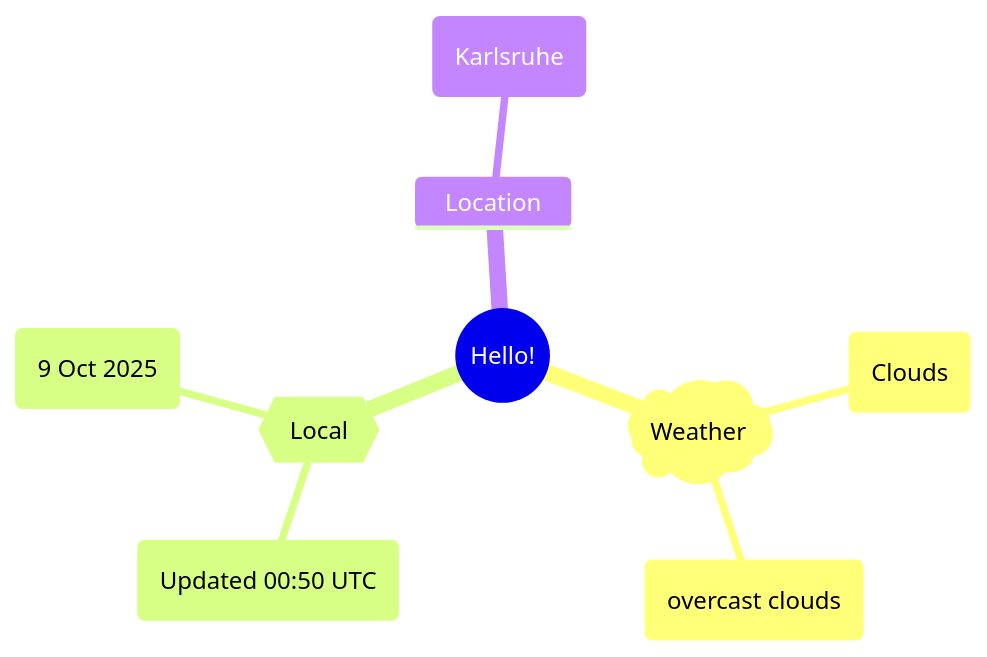
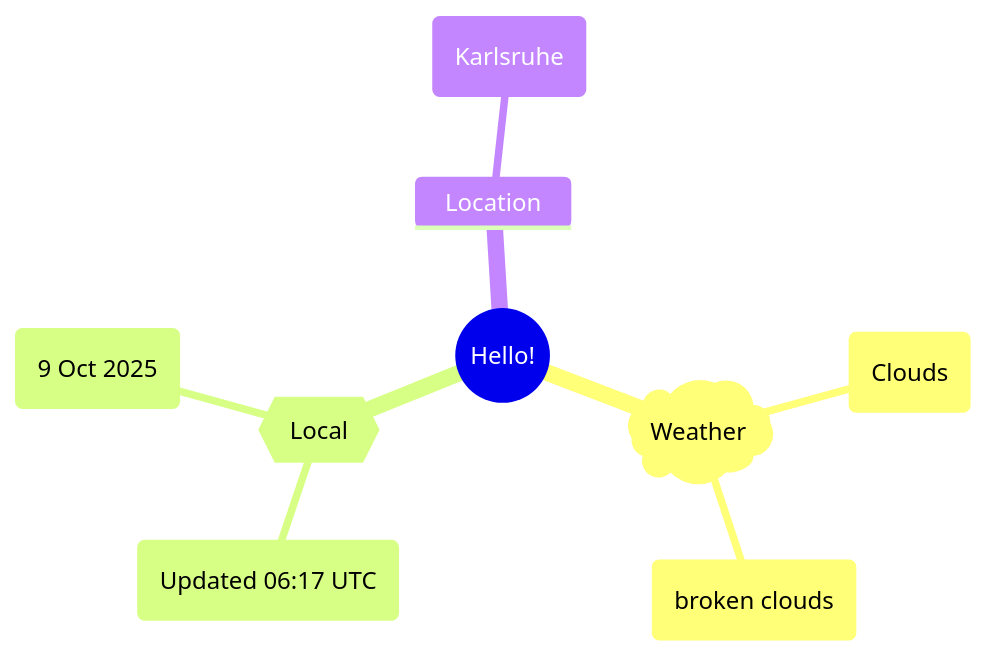
The first of 2 diagrams in README.md (Xosrov/Xosrov), drawn with Mermaid before and after one commit.

Commit message:
[bot] updated images

````diff
--- a/README.md
+++ b/README.md
@@ -3,12 +3,12 @@
 ```mermaid
 mindmap
   root((Hello!))
     )Weather(
         (Clouds)
-        (overcast clouds)
+        (broken clouds)
     {{Local}}
-        (Updated 00:50 UTC)
+        (Updated 06:17 UTC)
         (9 Oct 2025)
     Location
         (Karlsruhe)
 ```
````
